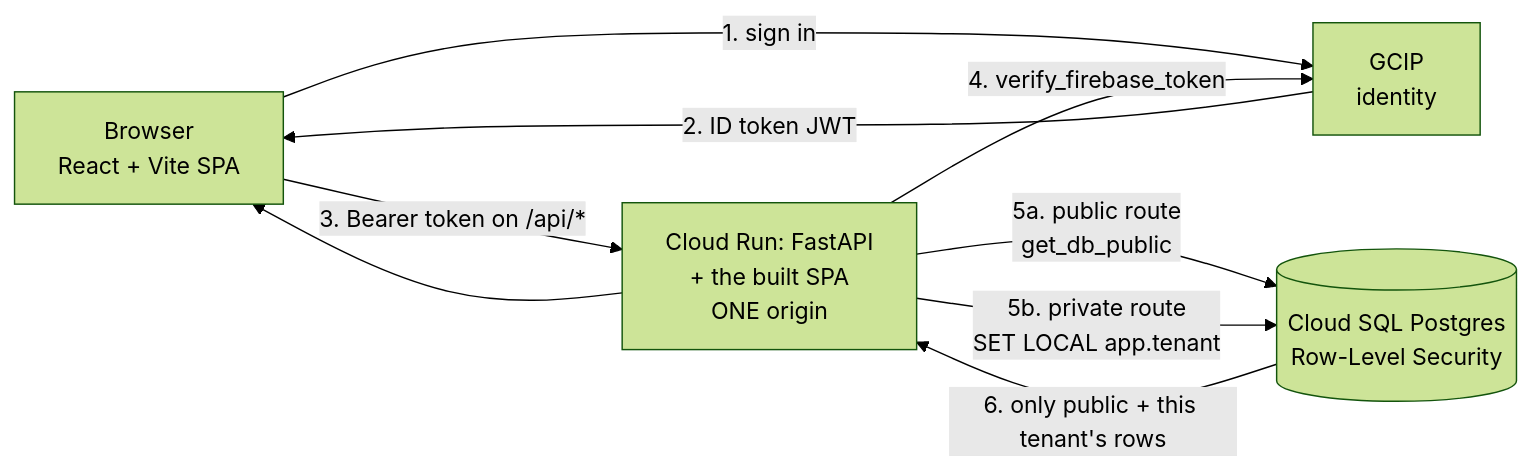
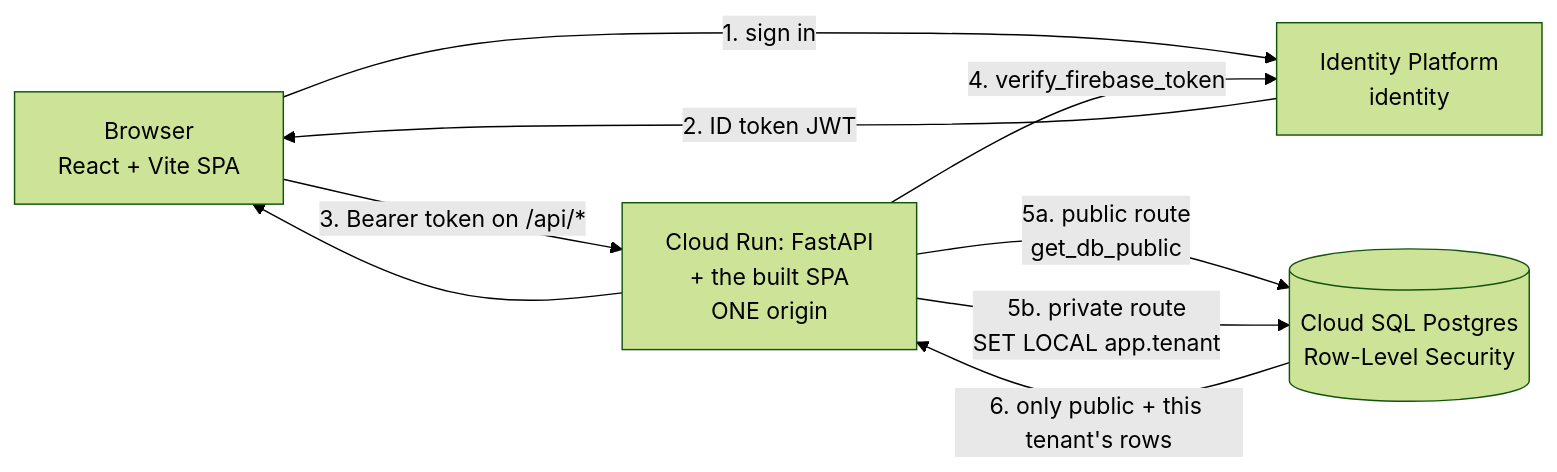
The diagram in ARCHITECTURE.md (PrevaGroup/school-improvement), drawn with Mermaid (forest theme) before and after one commit. The commit also changed other lines of this file and 9 other files, not shown here.

First line of the commit message:
docs: bury "GCIP" — the console says Identity Platform, so we do too

````diff
--- a/ARCHITECTURE.md
+++ b/ARCHITECTURE.md
@@ -60,11 +60,11 @@
 ```mermaid
 flowchart LR
-    U[Browser<br/>React + Vite SPA] -->|1. sign in| G[GCIP<br/>identity]
+    U[Browser<br/>React + Vite SPA] -->|1. sign in| G[Identity Platform<br/>identity]
     G -->|2. ID token JWT| U
     U -->|3. Bearer token on /api/*| API[Cloud Run: FastAPI<br/>+ the built SPA<br/>ONE origin]
     API -->|4. verify_firebase_token| G
     API -->|5a. public route<br/>get_db_public| DB
     API -->|5b. private route<br/>SET LOCAL app.tenant| DB[(Cloud SQL Postgres<br/>Row-Level Security)]
     DB -->|6. only public + this tenant's rows| API
     API --> U
 ```
````
